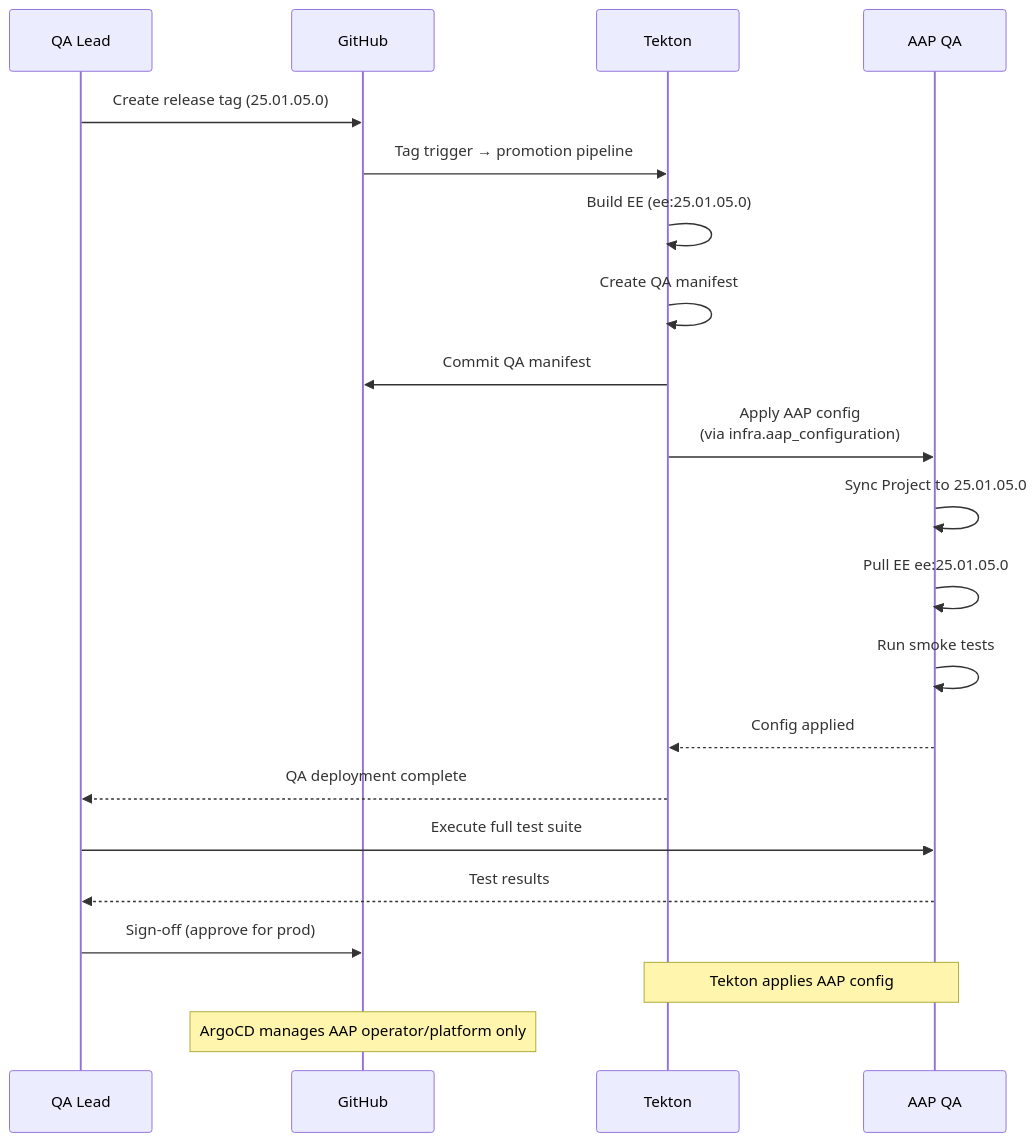
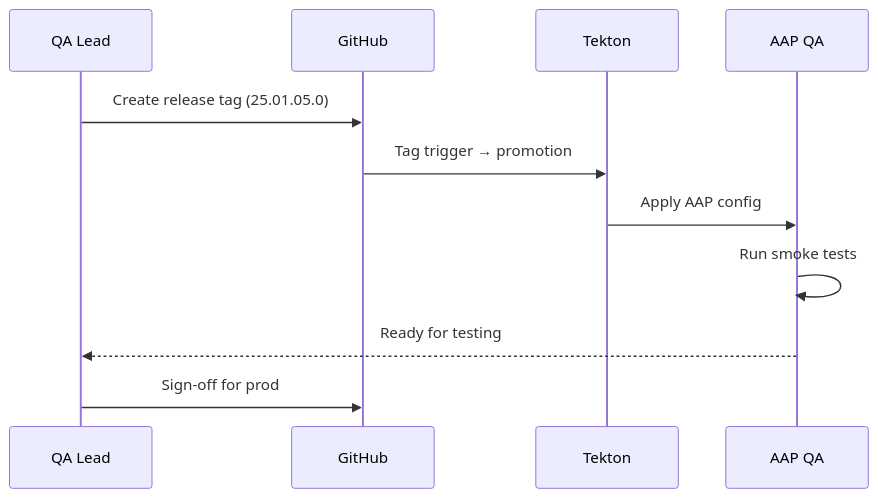
One commit to djdanielsson/rh1-docs changed the fourth of 6 diagrams in docs/diagrams/PROMOTION-FLOW.md. Above: the diagram before and after it, drawn with Mermaid. The commit also changed other lines of this file and 20 other files, not shown here.

````diff
--- a/docs/diagrams/PROMOTION-FLOW.md
+++ b/docs/diagrams/PROMOTION-FLOW.md
@@ -281,28 +103,14 @@
 ```mermaid
 sequenceDiagram
-    participant QA_Lead as QA Lead
+    participant Lead as QA Lead
     participant GH as GitHub
     participant Tek as Tekton
     participant AAP_Q as AAP QA
 
-    QA_Lead->>GH: Create release tag (25.01.05.0)
-    GH->>Tek: Tag trigger → promotion pipeline
-
-    Tek->>Tek: Build EE (ee:25.01.05.0)
-    Tek->>Tek: Create QA manifest
-    Tek->>GH: Commit QA manifest
-
-    Tek->>AAP_Q: Apply AAP config<br/>(via infra.aap_configuration)
-    AAP_Q->>AAP_Q: Sync Project to 25.01.05.0
-    AAP_Q->>AAP_Q: Pull EE ee:25.01.05.0
+    Lead->>GH: Create release tag (25.01.05.0)
+    GH->>Tek: Tag trigger → promotion
+    Tek->>AAP_Q: Apply AAP config
     AAP_Q->>AAP_Q: Run smoke tests
-    AAP_Q-->>Tek: Config applied
-    Tek-->>QA_Lead: QA deployment complete
-
-    QA_Lead->>AAP_Q: Execute full test suite
-    AAP_Q-->>QA_Lead: Test results
-    QA_Lead->>GH: Sign-off (approve for prod)
-
-    Note over Tek,AAP_Q: Tekton applies AAP config
-    Note over GH: ArgoCD manages AAP operator/platform only
+    AAP_Q-->>Lead: Ready for testing
+    Lead->>GH: Sign-off for prod
 ```
````
